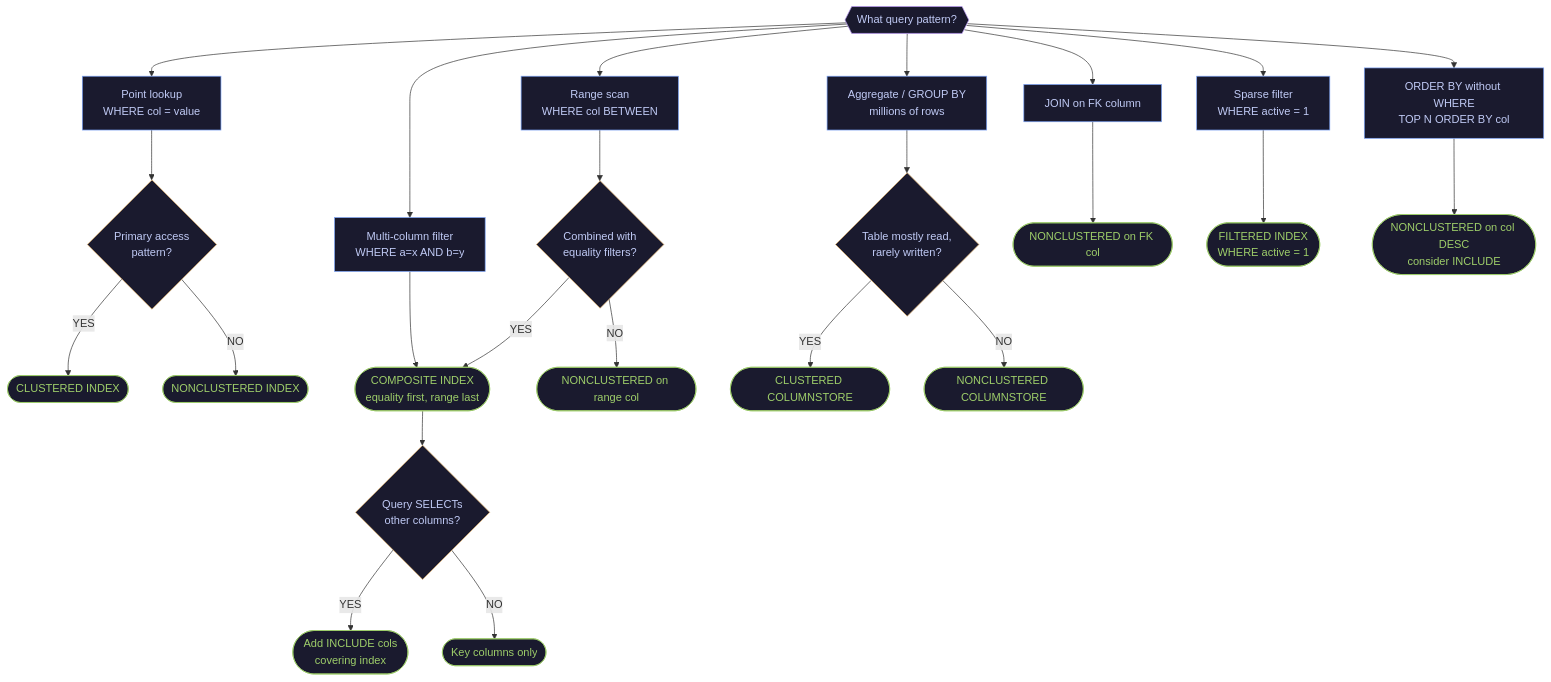
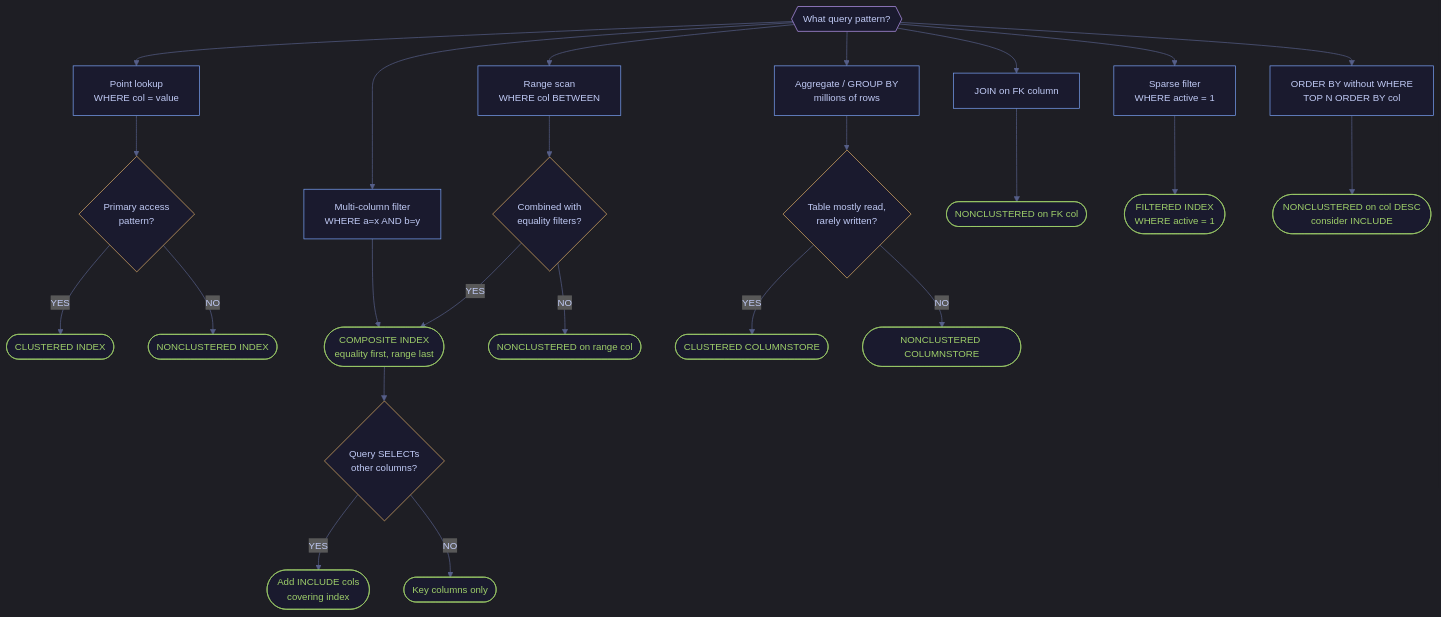
One commit to alp78/elysium changed the diagram in content/04-SQL-Server/Storage-and-Indexes/index-types-and-strategy.md. Above: the diagram before and after it, drawn with Mermaid. The commit also changed other lines of this file and 48 other files, not shown here.

````diff
--- a/content/04-SQL-Server/Storage-and-Indexes/index-types-and-strategy.md
+++ b/content/04-SQL-Server/Storage-and-Indexes/index-types-and-strategy.md
@@ -762,4 +850,16 @@
 ```mermaid
+%%{init: {'theme': 'dark', 'themeVariables': {
+  'primaryColor': '#292e42',
+  'primaryTextColor': '#c0caf5',
+  'primaryBorderColor': '#565f89',
+  'lineColor': '#565f89',
+  'secondaryColor': '#1a1b26',
+  'tertiaryColor': '#24283b',
+  'noteTextColor': '#c0caf5',
+  'noteBkgColor': '#292e42',
+  'textColor': '#c0caf5',
+  'fontSize': '14px'
+}}}%%
 flowchart TD
     START{{"What query pattern?"}}
     POINT["Point lookup<br/>WHERE col = value"]
````
